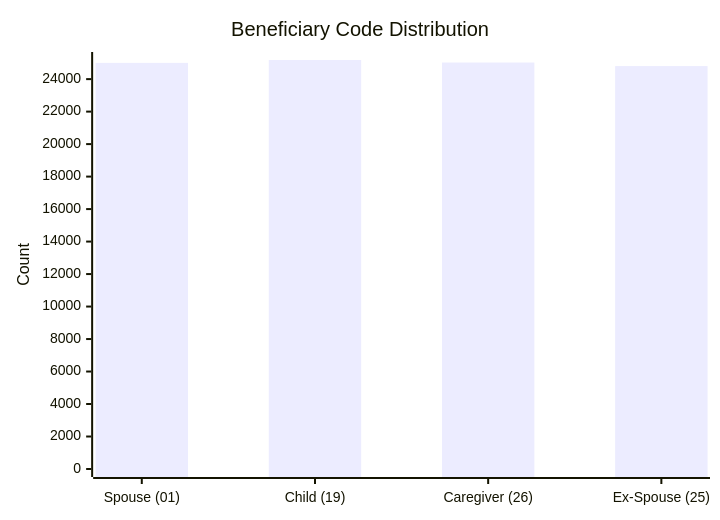
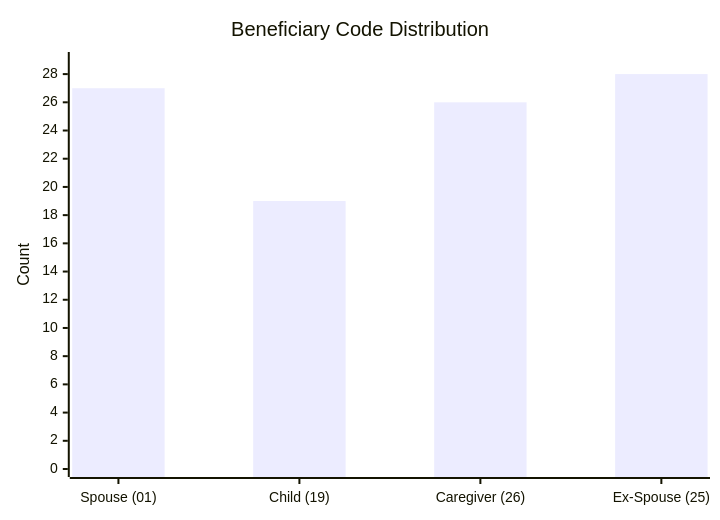
Before and after one commit to dhagan-va/intern-2025: the seventh of 10 diagrams in test-tools/DataGen/src/Statistics_Visualizer.md, drawn with Mermaid. The commit also changed other lines of this file and 6 other files, not shown here.

````diff
--- a/test-tools/DataGen/src/Statistics_Visualizer.md
+++ b/test-tools/DataGen/src/Statistics_Visualizer.md
@@ -77,7 +77,7 @@
 ```mermaid
 xychart-beta
     title "Beneficiary Code Distribution"
     x-axis ["Spouse (01)", "Child (19)", "Caregiver (26)", "Ex-Spouse (25)"]
-    y-axis "Count" 0 --> 25177
-    bar [24999, 25176, 25022, 24803]
+    y-axis "Count" 0 --> 29
+    bar [27, 19, 26, 28]
 ```
````
